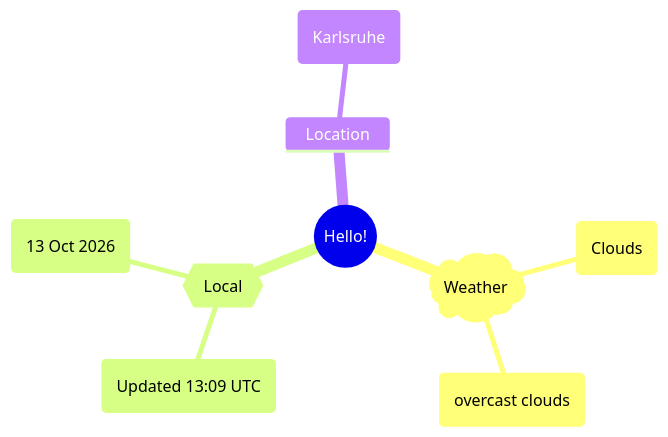
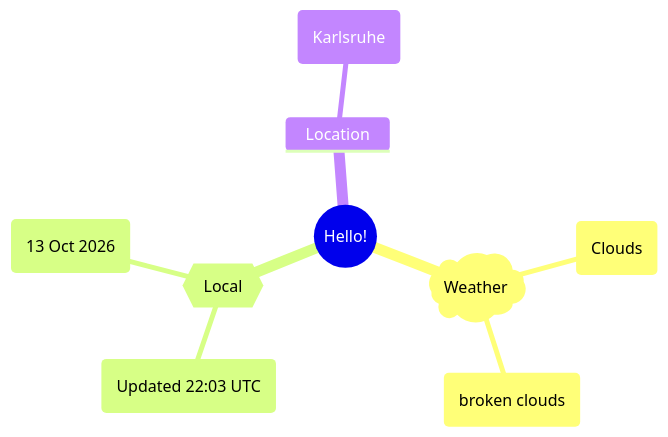
The first of 2 diagrams in README.md (Xosrov/Xosrov), drawn with Mermaid before and after one commit.

Commit message:
[bot] updated images

````diff
--- a/README.md
+++ b/README.md
@@ -3,12 +3,12 @@
 ```mermaid
 mindmap
   root((Hello!))
     )Weather(
         (Clouds)
-        (overcast clouds)
+        (broken clouds)
     {{Local}}
-        (Updated 13:09 UTC)
+        (Updated 22:03 UTC)
         (13 Oct 2026)
     Location
         (Karlsruhe)
 ```
````
